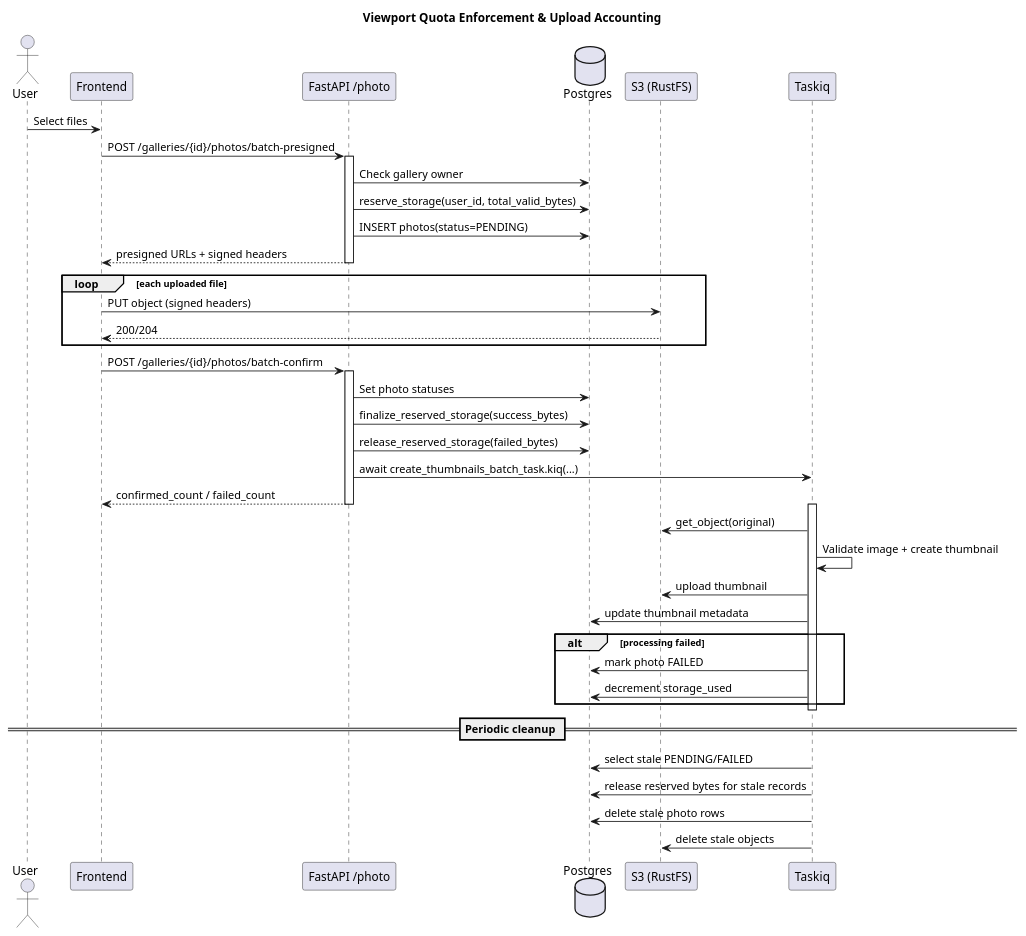
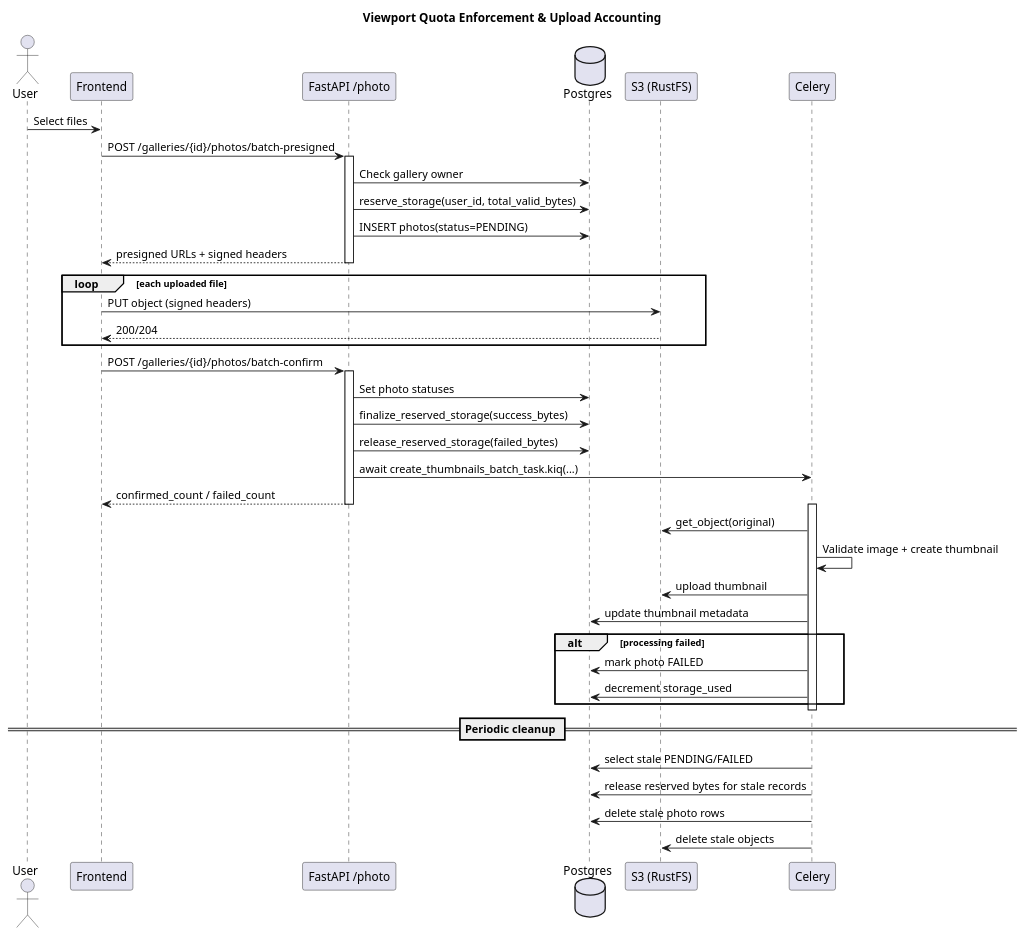
One commit to SamuraJey/viewport changed the diagram in docs/backend/quota_flow_sequence.puml. Above: the diagram before and after it, drawn with PlantUML. The commit also changed 14 other files, not shown here.

```diff
--- a/docs/backend/quota_flow_sequence.puml
+++ b/docs/backend/quota_flow_sequence.puml
@@ -1,51 +1,51 @@
 @startuml quota_flow_sequence
 title Viewport Quota Enforcement & Upload Accounting
 
 actor User
 participant "Frontend" as FE
 participant "FastAPI /photo" as API
 database "Postgres" as DB
 participant "S3 (RustFS)" as S3
-participant "Taskiq" as C
+participant "Celery" as C
 
 User -> FE: Select files
 FE -> API: POST /galleries/{id}/photos/batch-presigned
 activate API
 API -> DB: Check gallery owner
 API -> DB: reserve_storage(user_id, total_valid_bytes)
 API -> DB: INSERT photos(status=PENDING)
 API --> FE: presigned URLs + signed headers
 deactivate API
 
 loop each uploaded file
   FE -> S3: PUT object (signed headers)
   S3 --> FE: 200/204
 end
 
 FE -> API: POST /galleries/{id}/photos/batch-confirm
 activate API
 API -> DB: Set photo statuses
 API -> DB: finalize_reserved_storage(success_bytes)
 API -> DB: release_reserved_storage(failed_bytes)
 API -> C: await create_thumbnails_batch_task.kiq(...)
 API --> FE: confirmed_count / failed_count
 deactivate API
 
 activate C
 C -> S3: get_object(original)
 C -> C: Validate image + create thumbnail
 C -> S3: upload thumbnail
 C -> DB: update thumbnail metadata
 alt processing failed
   C -> DB: mark photo FAILED
   C -> DB: decrement storage_used
 end
 deactivate C
 
 == Periodic cleanup ==
 C -> DB: select stale PENDING/FAILED
 C -> DB: release reserved bytes for stale records
 C -> DB: delete stale photo rows
 C -> S3: delete stale objects
 
 @enduml
```
